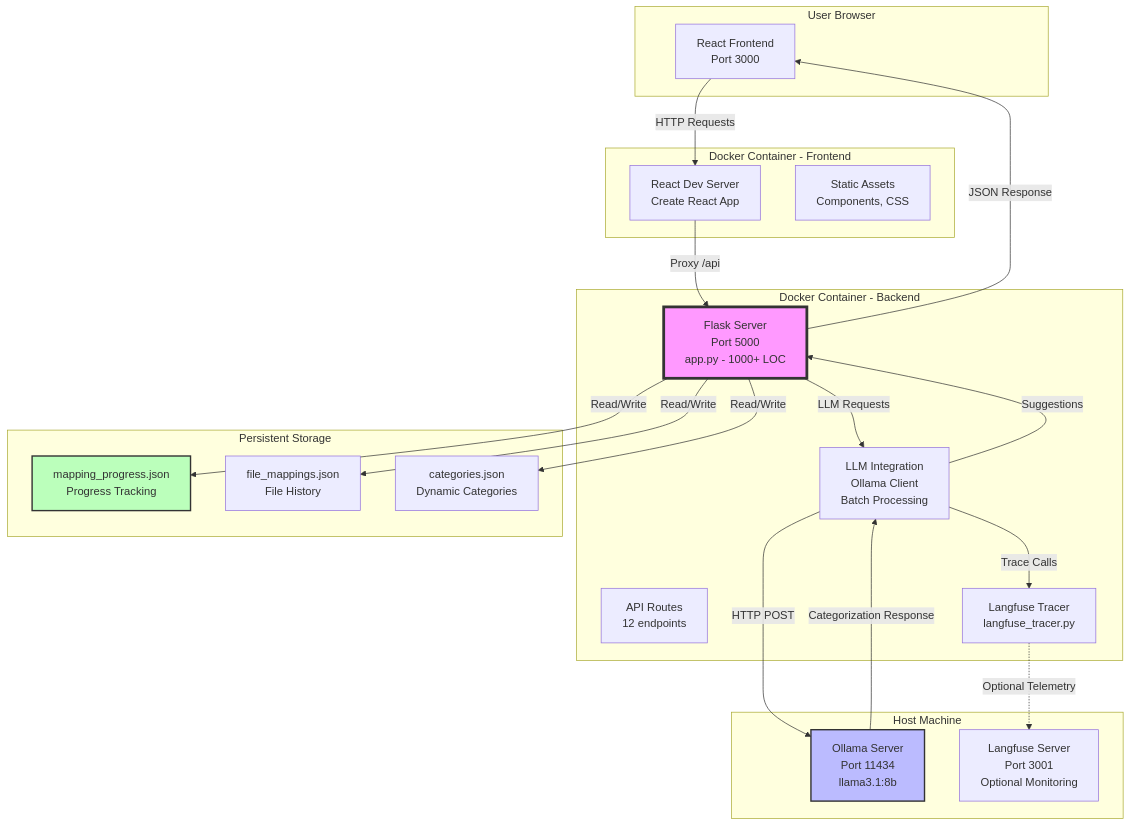
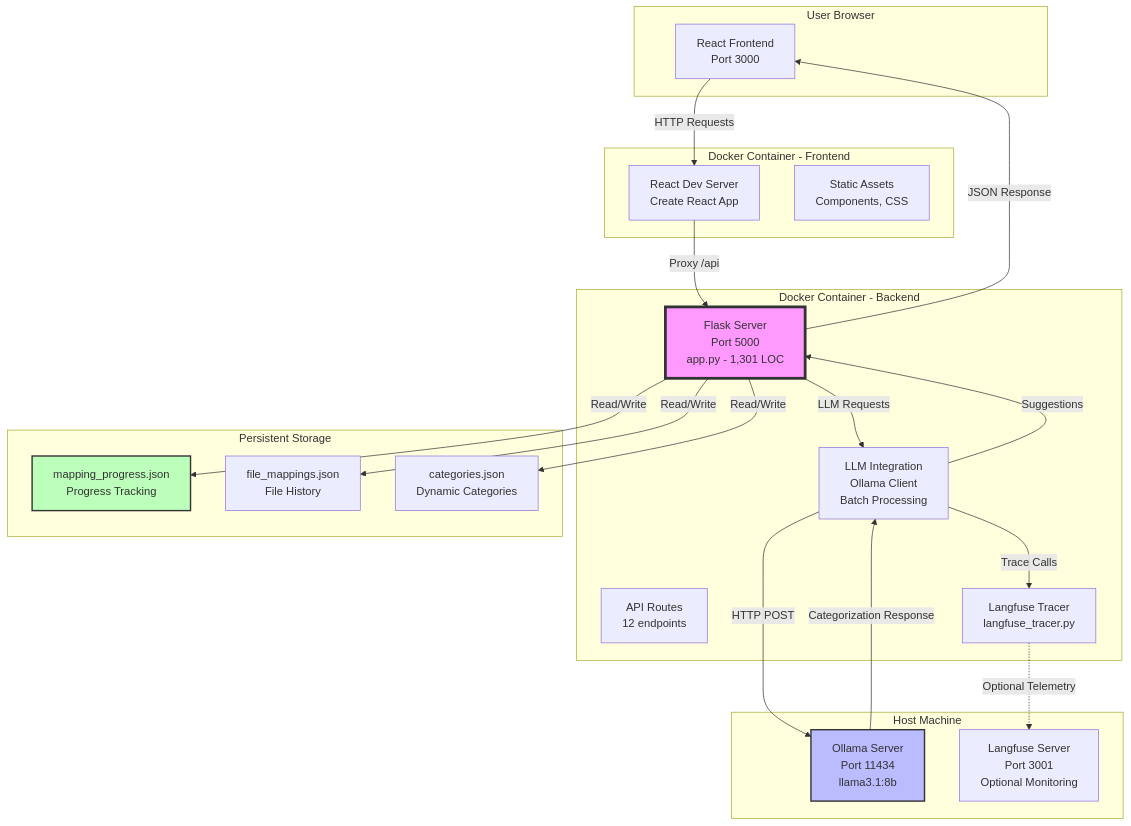
One commit to bdmckean/code_off changed the first of 5 diagrams in ARCHITECTURE_CLAUDE.md. Above: the diagram before and after it, drawn with Mermaid. The commit also changed other lines of this file and 8 other files, not shown here.

````diff
--- a/ARCHITECTURE_CLAUDE.md
+++ b/ARCHITECTURE_CLAUDE.md
@@ -5,46 +5,46 @@
 ```mermaid
 graph TB
     subgraph "User Browser"
         UI[React Frontend<br/>Port 3000]
     end
 
     subgraph "Docker Container - Frontend"
         REACT[React Dev Server<br/>Create React App]
         STATIC[Static Assets<br/>Components, CSS]
     end
 
     subgraph "Docker Container - Backend"
-        FLASK[Flask Server<br/>Port 5000<br/>app.py - 1000+ LOC]
+        FLASK[Flask Server<br/>Port 5000<br/>app.py - 1,301 LOC]
         ROUTES[API Routes<br/>12 endpoints]
         LLM_LOGIC[LLM Integration<br/>Ollama Client<br/>Batch Processing]
         TRACER[Langfuse Tracer<br/>langfuse_tracer.py]
     end
 
     subgraph "Host Machine"
         OLLAMA[Ollama Server<br/>Port 11434<br/>llama3.1:8b]
         LANGFUSE[Langfuse Server<br/>Port 3001<br/>Optional Monitoring]
     end
 
     subgraph "Persistent Storage"
         PROGRESS[mapping_progress.json<br/>Progress Tracking]
         MAPPINGS[file_mappings.json<br/>File History]
         CATEGORIES[categories.json<br/>Dynamic Categories]
     end
 
     UI -->|HTTP Requests| REACT
     REACT -->|Proxy /api| FLASK
     FLASK -->|Read/Write| PROGRESS
     FLASK -->|Read/Write| MAPPINGS
     FLASK -->|Read/Write| CATEGORIES
     FLASK -->|LLM Requests| LLM_LOGIC
     LLM_LOGIC -->|HTTP POST| OLLAMA
     LLM_LOGIC -->|Trace Calls| TRACER
     TRACER -.->|Optional Telemetry| LANGFUSE
     OLLAMA -->|Categorization Response| LLM_LOGIC
     LLM_LOGIC -->|Suggestions| FLASK
     FLASK -->|JSON Response| UI
 
     style FLASK fill:#f9f,stroke:#333,stroke-width:4px
     style OLLAMA fill:#bbf,stroke:#333,stroke-width:2px
     style PROGRESS fill:#bfb,stroke:#333,stroke-width:2px
 ```
````
